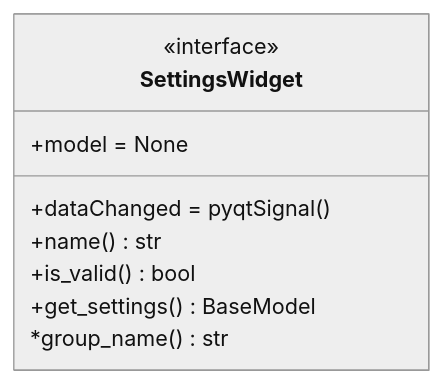
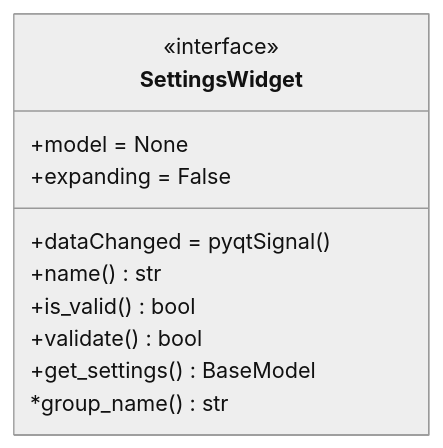
The second of 2 diagrams in threedi_schematisation_editor/vector_data_importer/wizard/DESIGN.md (nens/threedi-schematisation-editor), drawn with Mermaid (neutral theme) before and after one commit. The commit also changed other lines of this file and 28 other files, not shown here.

````diff
--- a/threedi_schematisation_editor/vector_data_importer/wizard/DESIGN.md
+++ b/threedi_schematisation_editor/vector_data_importer/wizard/DESIGN.md
@@ -96,12 +123,14 @@
 ```mermaid
 classDiagram
 class SettingsWidget{
     <<interface>>
     +dataChanged = pyqtSignal()
     +model = None
+    +expanding = False
     +name() str
     +is_valid() bool
+    +validate() bool
     +get_settings() BaseModel
     *group_name() str
 }
 ```
````
